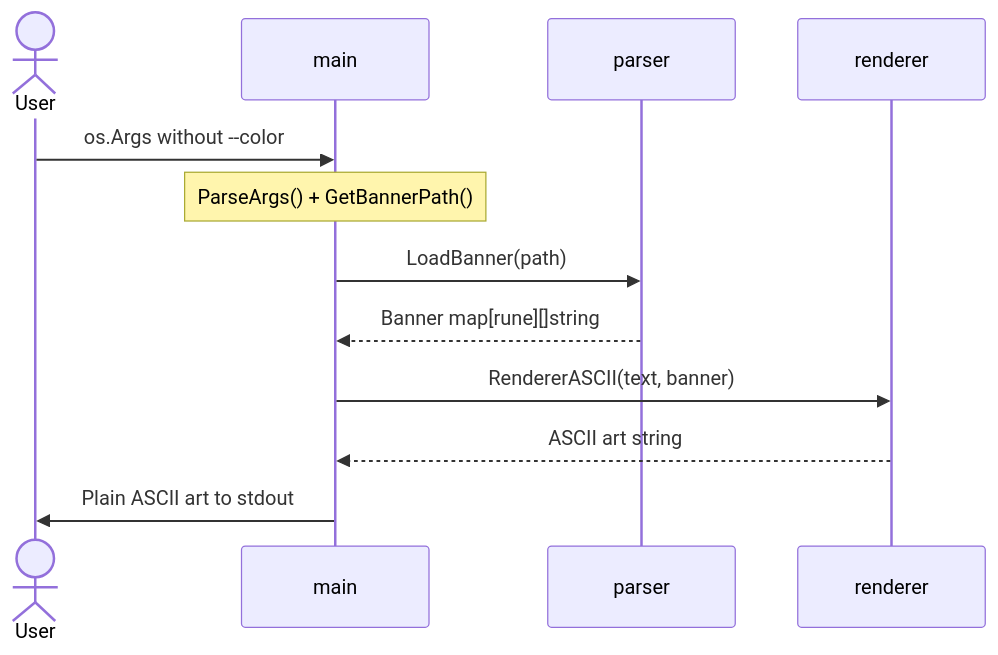
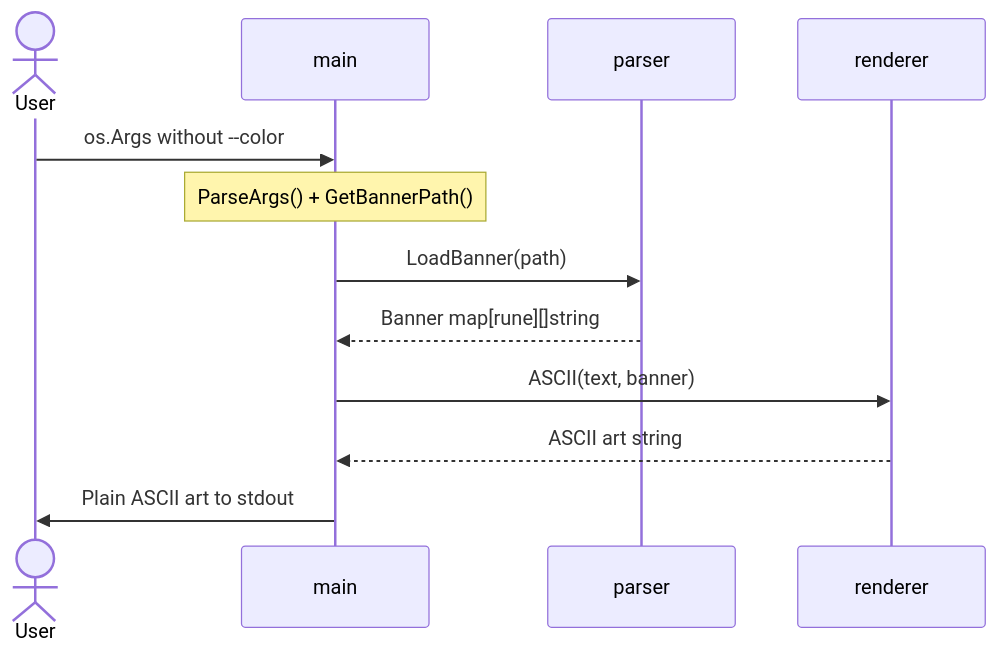
The second of 2 diagrams in diagrams/sequence-diagram.md (vxanthio/ascii-art-color), drawn with Mermaid before and after one commit. The commit also changed other lines of this file, not shown here.

Commit message:
docs(diagrams): align sequence diagram with renderer ASCII flow

````diff
--- a/diagrams/sequence-diagram.md
+++ b/diagrams/sequence-diagram.md
@@ -56,19 +58,19 @@
 ```mermaid
 sequenceDiagram
     actor User
     participant main
     participant parser
     participant renderer
 
     User->>main: os.Args without --color
 
     Note over main: ParseArgs() + GetBannerPath()
 
     main->>parser: LoadBanner(path)
     parser-->>main: Banner map[rune][]string
 
-    main->>renderer: RendererASCII(text, banner)
+    main->>renderer: ASCII(text, banner)
     renderer-->>main: ASCII art string
 
     main->>User: Plain ASCII art to stdout
 ```
````
